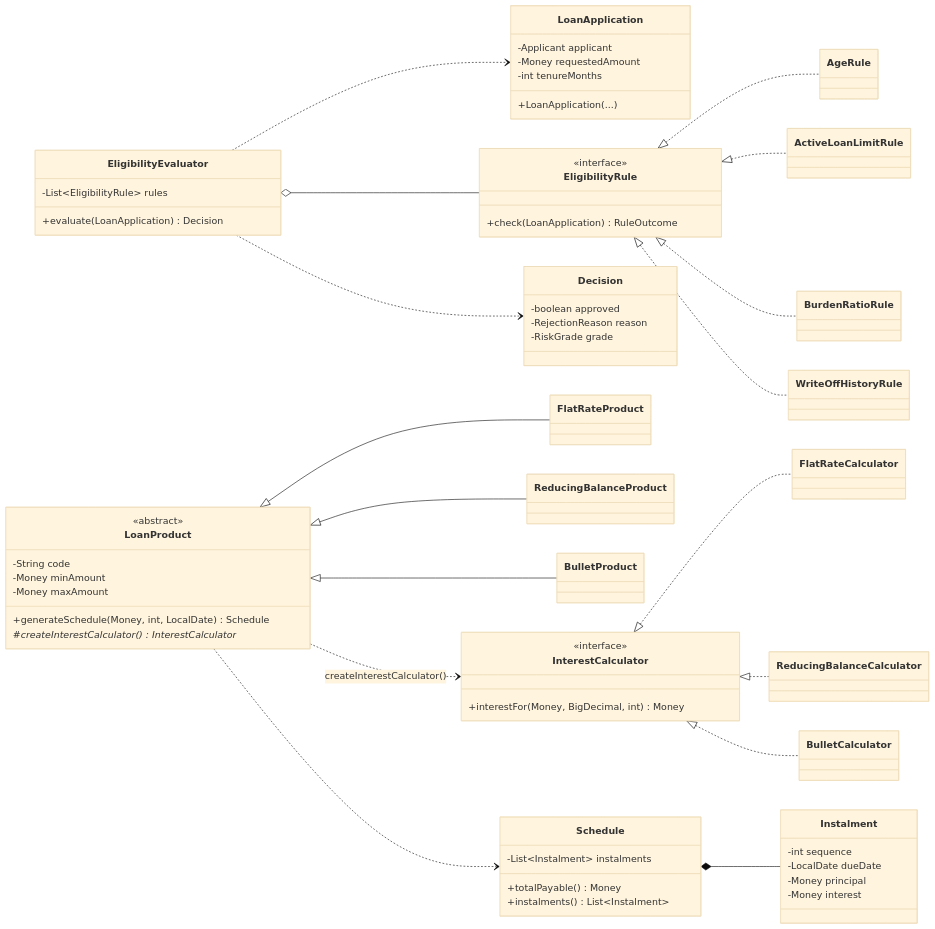
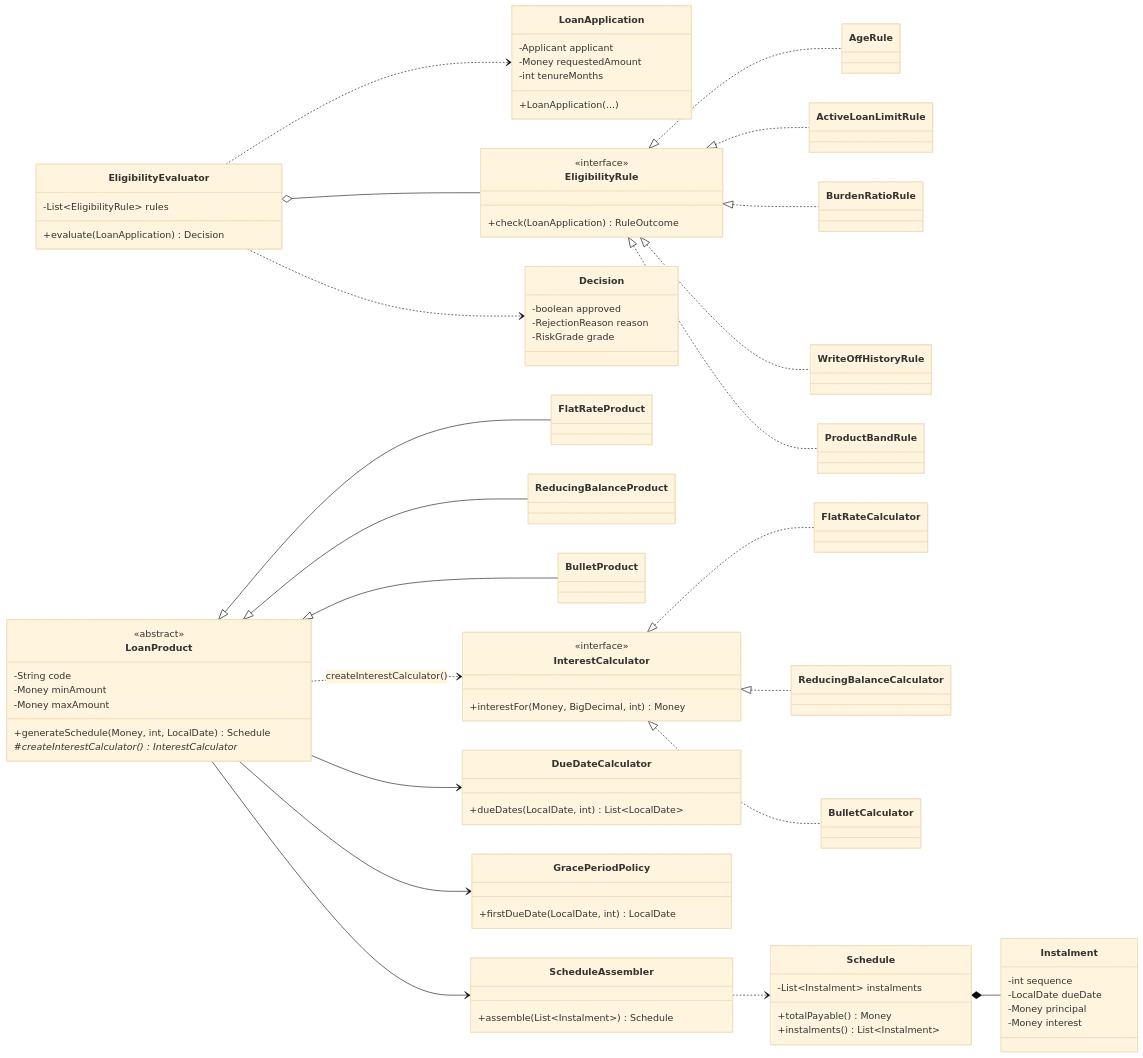
The first of 5 diagrams in docs/M1-SE423-Proposal-OOD-Pattern-Plan.md (MicroLend-SE423/microlend), drawn with Mermaid (base theme) before and after one commit. The commit also changed other lines of this file, not shown here.

````diff
--- a/docs/M1-SE423-Proposal-OOD-Pattern-Plan.md
+++ b/docs/M1-SE423-Proposal-OOD-Pattern-Plan.md
@@ -149,6 +152,7 @@
     class ActiveLoanLimitRule
     class BurdenRatioRule
     class WriteOffHistoryRule
+    class ProductBandRule
     class Decision {
         -boolean approved
         -RejectionReason reason
@@ -184,12 +188,22 @@
         -Money principal
         -Money interest
     }
+    class DueDateCalculator {
+        +dueDates(LocalDate, int) List~LocalDate~
+    }
+    class GracePeriodPolicy {
+        +firstDueDate(LocalDate, int) LocalDate
+    }
+    class ScheduleAssembler {
+        +assemble(List~Instalment~) Schedule
+    }
 
     EligibilityEvaluator o-- EligibilityRule
     EligibilityRule <|.. AgeRule
     EligibilityRule <|.. ActiveLoanLimitRule
     EligibilityRule <|.. BurdenRatioRule
     EligibilityRule <|.. WriteOffHistoryRule
+    EligibilityRule <|.. ProductBandRule
     EligibilityEvaluator ..> LoanApplication
     EligibilityEvaluator ..> Decision
 
@@ -200,6 +214,9 @@
     InterestCalculator <|.. FlatRateCalculator
     InterestCalculator <|.. ReducingBalanceCalculator
     InterestCalculator <|.. BulletCalculator
-    LoanProduct ..> Schedule
+    LoanProduct --> DueDateCalculator
+    LoanProduct --> GracePeriodPolicy
+    LoanProduct --> ScheduleAssembler
+    ScheduleAssembler ..> Schedule
     Schedule *-- Instalment
 ```
````
